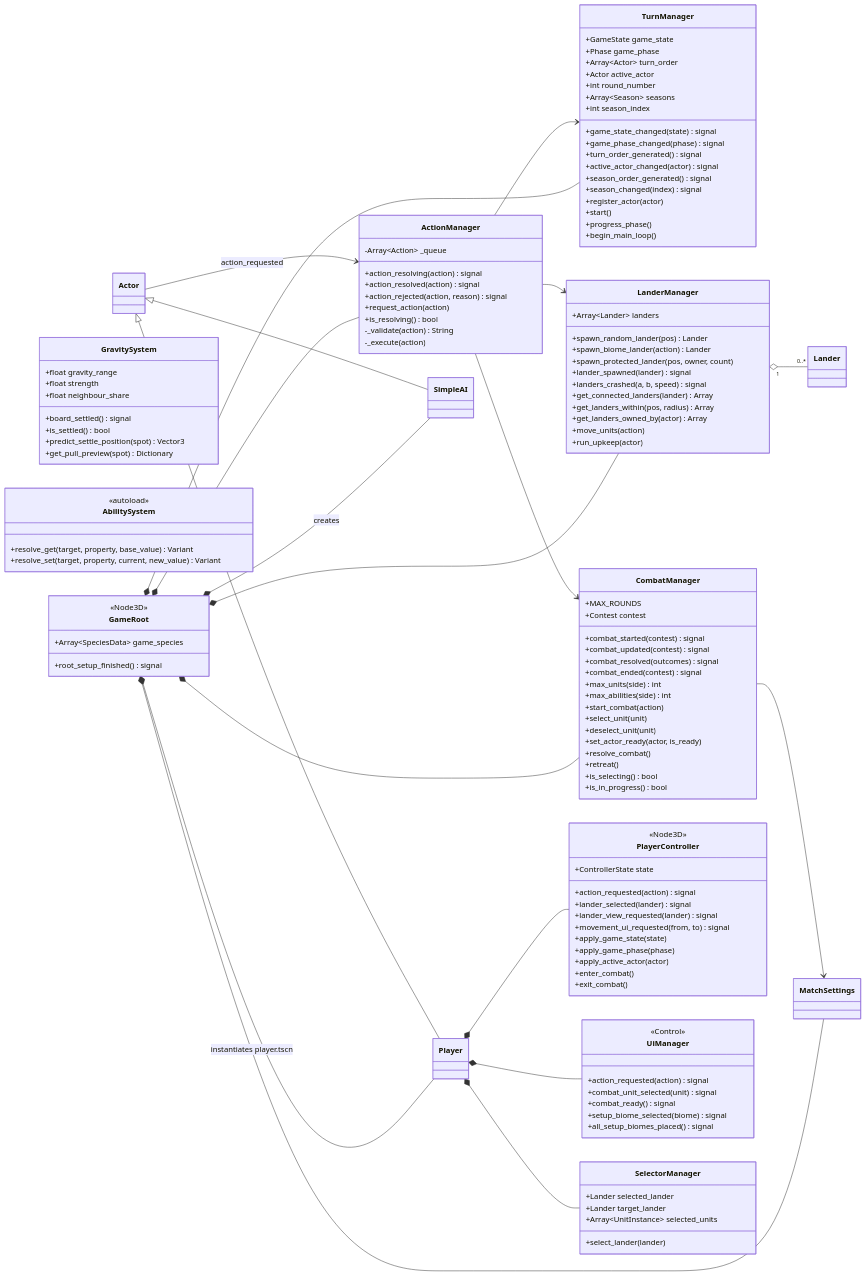
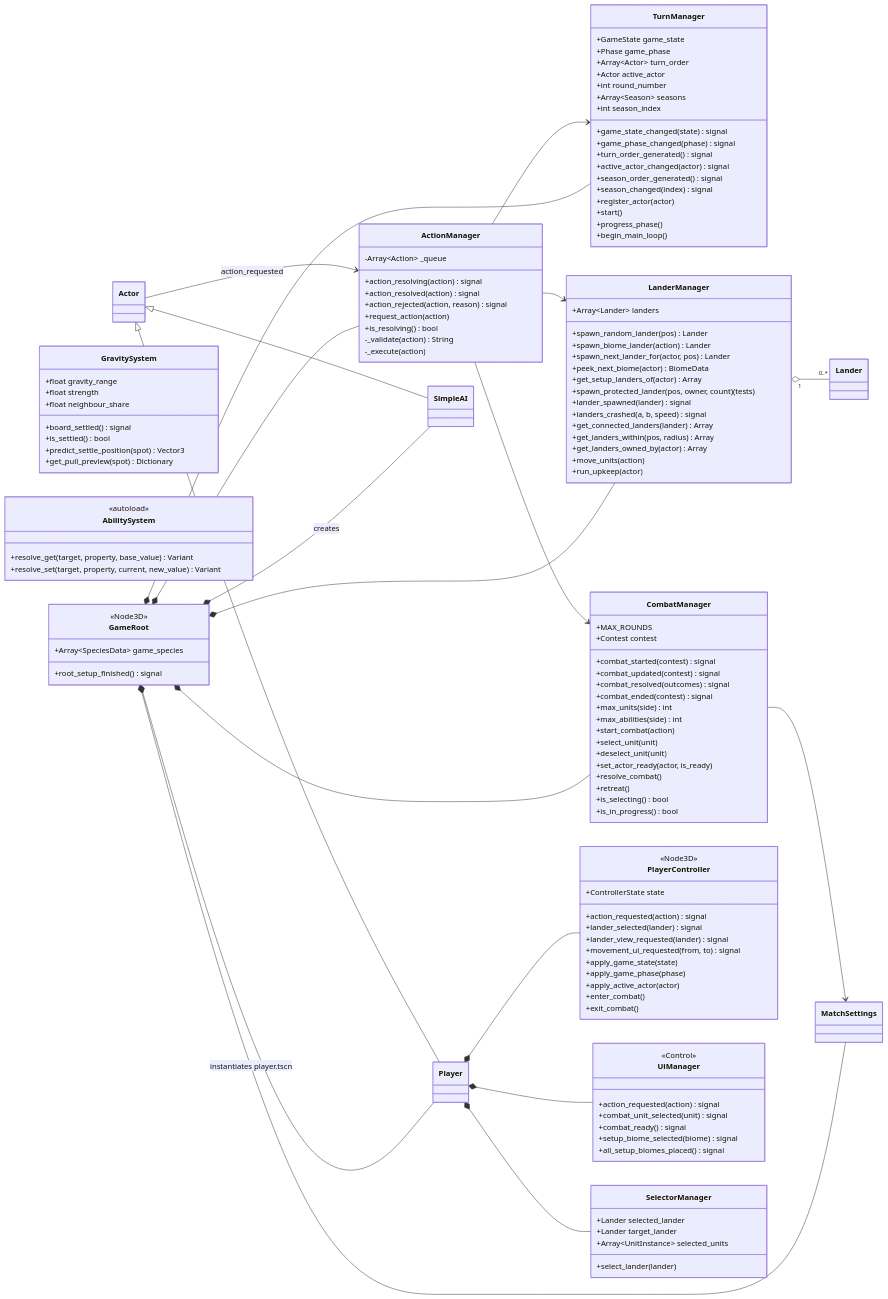
The third of 9 diagrams in docs/diagrams.md (OscarPatchworth/BsOW), drawn with Mermaid before and after one commit. The commit also changed other lines of this file and 11 other files, not shown here.

```diff
--- a/docs/diagrams.md
+++ b/docs/diagrams.md
@@ -379,7 +378,10 @@
         +Array~Lander~ landers
         +spawn_random_lander(pos) Lander
         +spawn_biome_lander(action) Lander
-        +spawn_protected_lander(pos, owner, count)
+        +spawn_next_lander_for(actor, pos) Lander
+        +peek_next_biome(actor) BiomeData
+        +get_setup_landers_of(actor) Array
+        +spawn_protected_lander(pos, owner, count) (tests)
         +lander_spawned(lander) signal
         +landers_crashed(a, b, speed) signal
         +get_connected_landers(lander) Array
```
